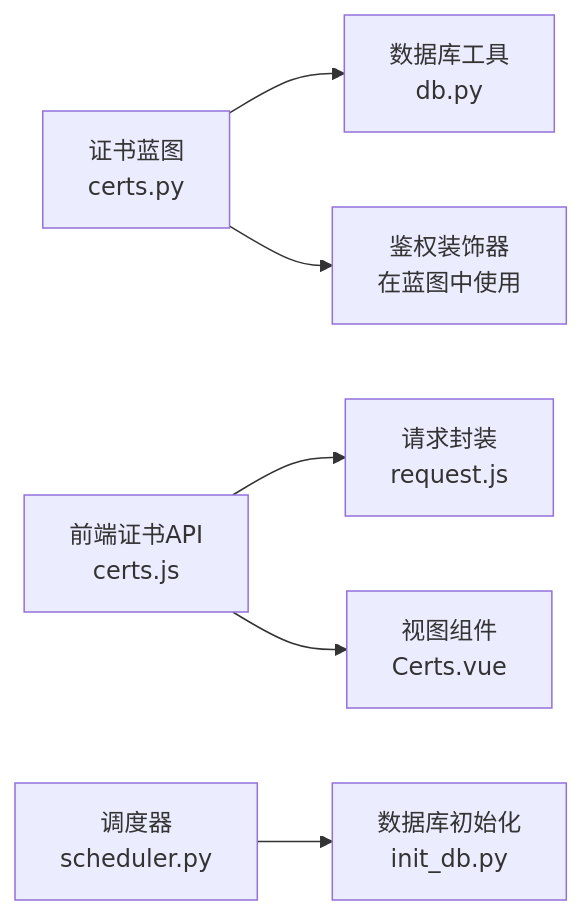
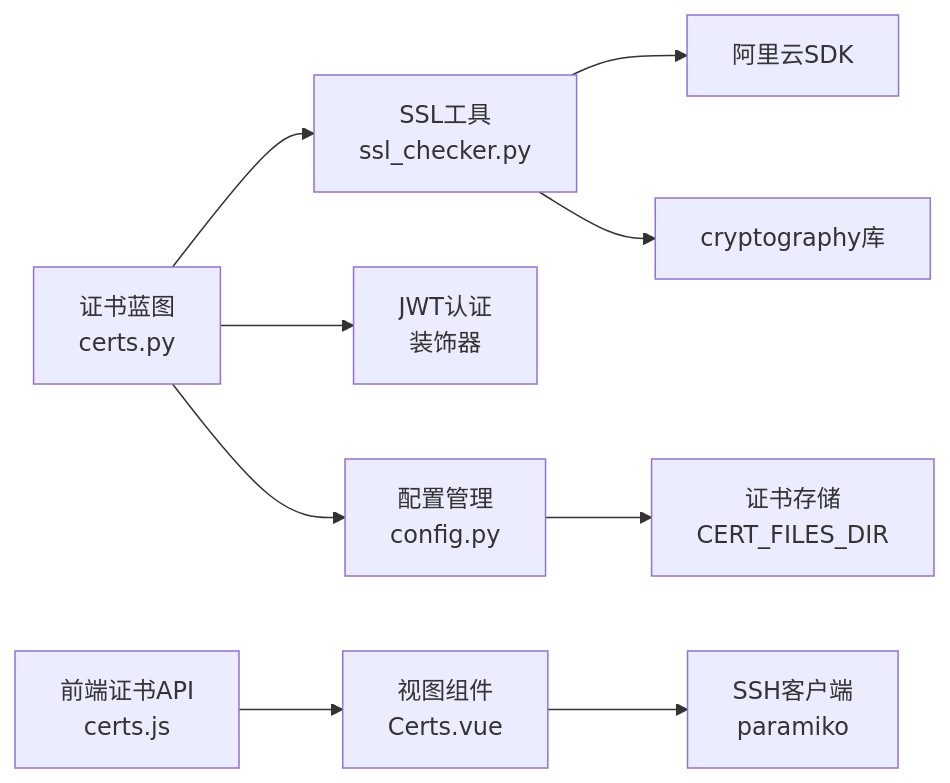
One commit to ismine3/OPS changed the third of 3 diagrams in .qoder/repowiki/zh/content/API接口文档/证书管理接口.md. Above: the diagram before and after it, drawn with Mermaid. The commit also changed other lines of this file and 13 other files, not shown here.

````diff
--- a/.qoder/repowiki/zh/content/API接口文档/证书管理接口.md
+++ b/.qoder/repowiki/zh/content/API接口文档/证书管理接口.md
@@ -214,8 +338,11 @@
 ```mermaid
 graph LR
-CERTS["证书蓝图<br/>certs.py"] --> DBUTIL["数据库工具<br/>db.py"]
-CERTS --> AUTH["鉴权装饰器<br/>在蓝图中使用"]
-FE_CERTS["前端证书API<br/>certs.js"] --> FE_REQ["请求封装<br/>request.js"]
-FE_CERTS --> VIEW["视图组件<br/>Certs.vue"]
-SCHED["调度器<br/>scheduler.py"] --> INITDB["数据库初始化<br/>init_db.py"]
+CERTS["证书蓝图<br/>certs.py"] --> SSL_UTIL["SSL工具<br/>ssl_checker.py"]
+CERTS --> AUTH["JWT认证<br/>装饰器"]
+CERTS --> CONFIG["配置管理<br/>config.py"]
+FE_CERTS["前端证书API<br/>certs.js"] --> FE_VIEW["视图组件<br/>Certs.vue"]
+SSL_UTIL --> ALIYUN_SDK["阿里云SDK"]
+SSL_UTIL --> CRYPTO["cryptography库"]
+FE_VIEW --> PARAMIKO["SSH客户端<br/>paramiko"]
+CONFIG --> CERT_STORAGE["证书存储<br/>CERT_FILES_DIR"]
 ```
````
